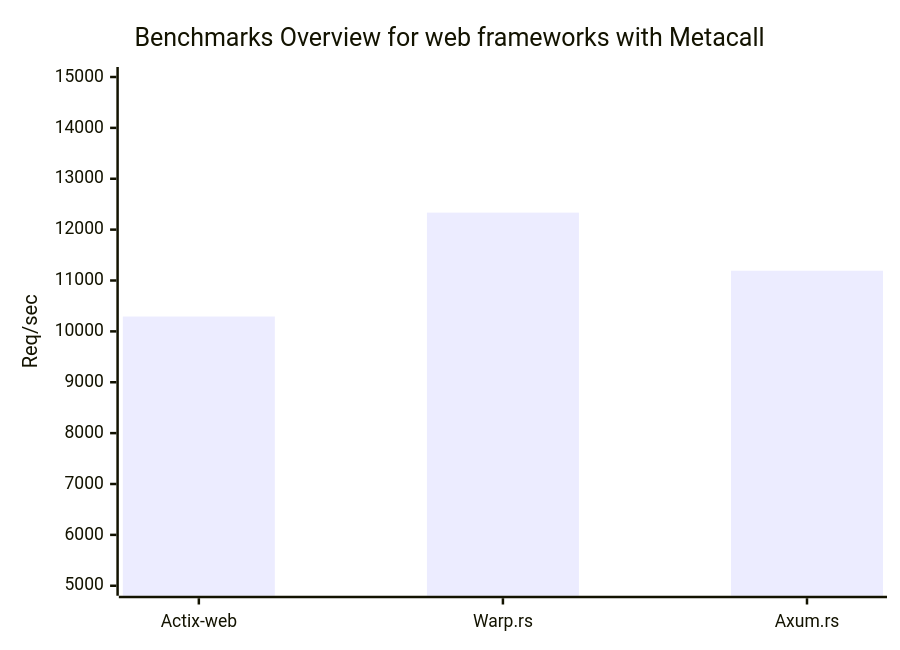
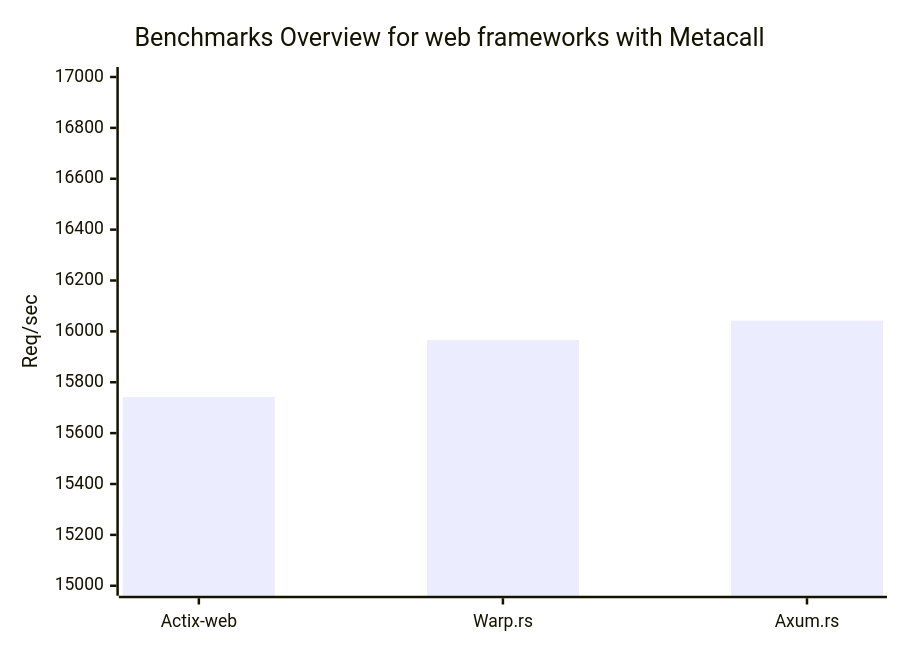
Before and after one commit to metacall/rust-http-benchmarks: the second of 3 diagrams in README.md, drawn with Mermaid. The commit also changed other lines of this file and 5 other files, not shown here.

````diff
--- a/README.md
+++ b/README.md
@@ -56,7 +108,7 @@
 ```mermaid
 xychart-beta
     title "Benchmarks Overview for web frameworks with Metacall"
     x-axis [Actix-web, Warp.rs, Axum.rs]
-    y-axis "Req/sec" 5000 --> 15000
-    bar [10292.22,12333.89,11191.92]
+    y-axis "Req/sec" 15000 --> 17000
+    bar [15741.61,15965.78, 16042.08]
 ```
````
